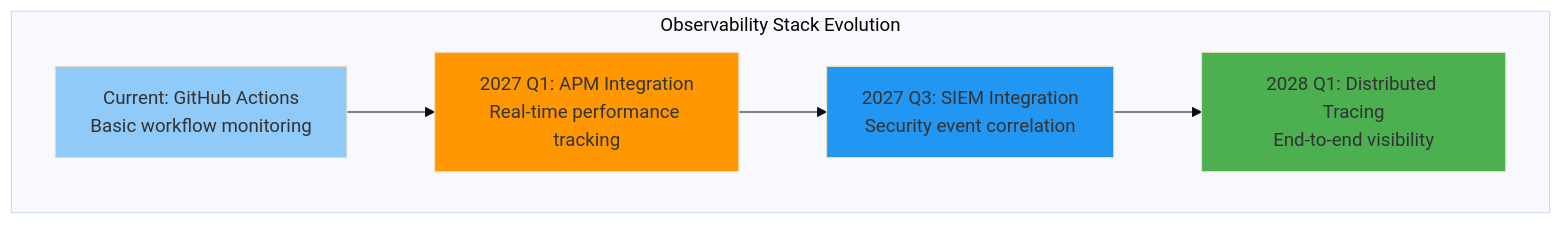
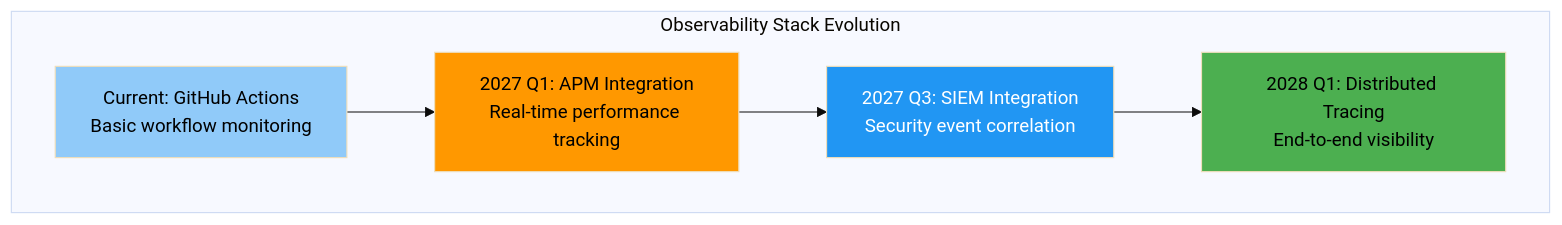
The fifth of 9 diagrams in FUTURE_SECURITY_ARCHITECTURE.md (Hack23/riksdagsmonitor), drawn with Mermaid (base theme) before and after one commit. The commit also changed other lines of this file and 11 other files, not shown here.

First line of the commit message:
Fix broken mermaid diagrams: SWOT gantt, quadrantChart theming, init quotes, text colors

````diff
--- a/FUTURE_SECURITY_ARCHITECTURE.md
+++ b/FUTURE_SECURITY_ARCHITECTURE.md
@@ -397,18 +397,18 @@
 ```mermaid
 graph TB
     subgraph "Observability Stack Evolution"
         M1[Current: GitHub Actions<br/>Basic workflow monitoring]
         M2[2027 Q1: APM Integration<br/>Real-time performance tracking]
         M3[2027 Q3: SIEM Integration<br/>Security event correlation]
         M4[2028 Q1: Distributed Tracing<br/>End-to-end visibility]
     end
     
     M1 --> M2
     M2 --> M3
     M3 --> M4
     
-    style M1 fill:#90caf9
-    style M2 fill:#ff9800
-    style M3 fill:#2196f3
-    style M4 fill:#4caf50
+    style M1 fill:#90caf9,color:#000000
+    style M2 fill:#ff9800,color:#000000
+    style M3 fill:#2196f3,color:#ffffff
+    style M4 fill:#4caf50,color:#000000
 ```
````
